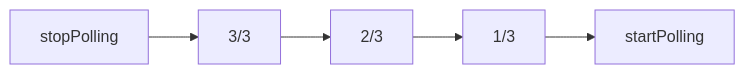
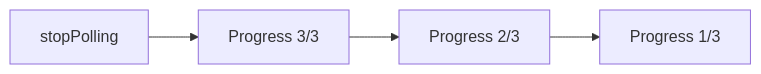
The diagram in README.md (hschneider/neutralino-ext-rust), drawn with Mermaid before and after one commit. The commit also changed other lines of this file, not shown here.

````diff
--- a/README.md
+++ b/README.md
@@ -164,8 +165,7 @@
 ```mermaid
 graph LR;
   id[stopPolling]-->id2[Progress 3/3];
-  id2[3/3]-->id3[Progress 2/3];
-  id3[2/3]-->id4[Progress 1/3];
-  id4[1/3]-->id5[startPolling];
+  id2[Progress 3/3]-->id3[Progress 2/3];
+  id3[Progress 2/3]-->id4[Progress 1/3];
  
 ```
````
